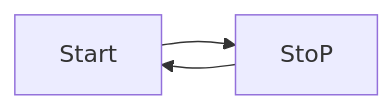
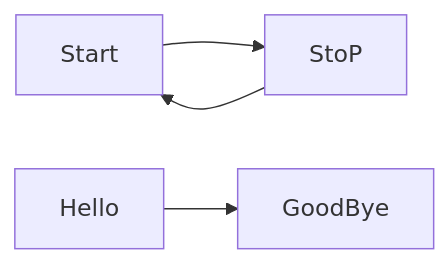
The diagram in README.md (NU-Teams/TEST-MERMAIDJS-ACTION), drawn with Mermaid before and after one commit. The commit also changed other lines of this file, not shown here.

````diff
--- a/README.md
+++ b/README.md
@@ -7,6 +7,7 @@
 ```mermaid
 flowchart LR
     Start --> StoP
     StoP --> Start
+    Hello --> GoodBye
     
 ```
````
